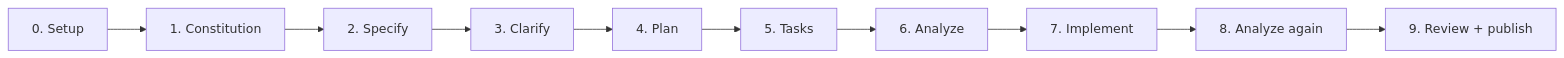
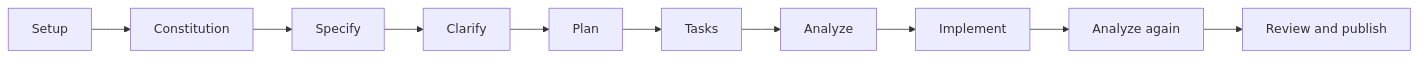
The diagram in docs/05-spec-kit-workflow.md (david-lorenzo88/baku-travel-agent), drawn with Mermaid before and after one commit. The commit also changed 3 other files, not shown here.

Commit message:
docs: GitHub-safe Mermaid diagrams; remove GitHub Actions workflow

````diff
--- a/docs/05-spec-kit-workflow.md
+++ b/docs/05-spec-kit-workflow.md
@@ -9,5 +9,5 @@
 ```mermaid
 flowchart LR
-    A[0. Setup] --> B[1. Constitution] --> C[2. Specify] --> D[3. Clarify] --> E[4. Plan]
-    E --> F[5. Tasks] --> G[6. Analyze] --> H[7. Implement] --> I[8. Analyze again] --> J[9. Review + publish]
+    A["Setup"] --> B["Constitution"] --> C["Specify"] --> D["Clarify"] --> E["Plan"]
+    E --> F["Tasks"] --> G["Analyze"] --> H["Implement"] --> I["Analyze again"] --> J["Review and publish"]
 ```
````
